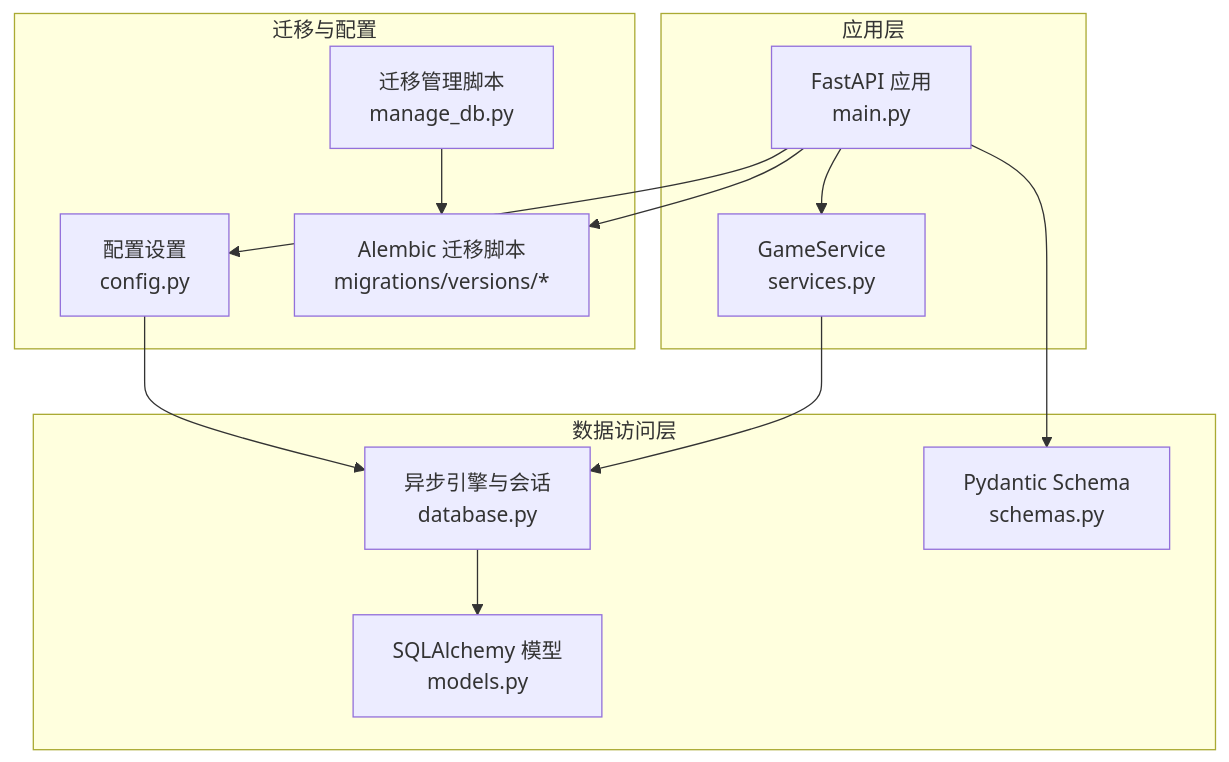
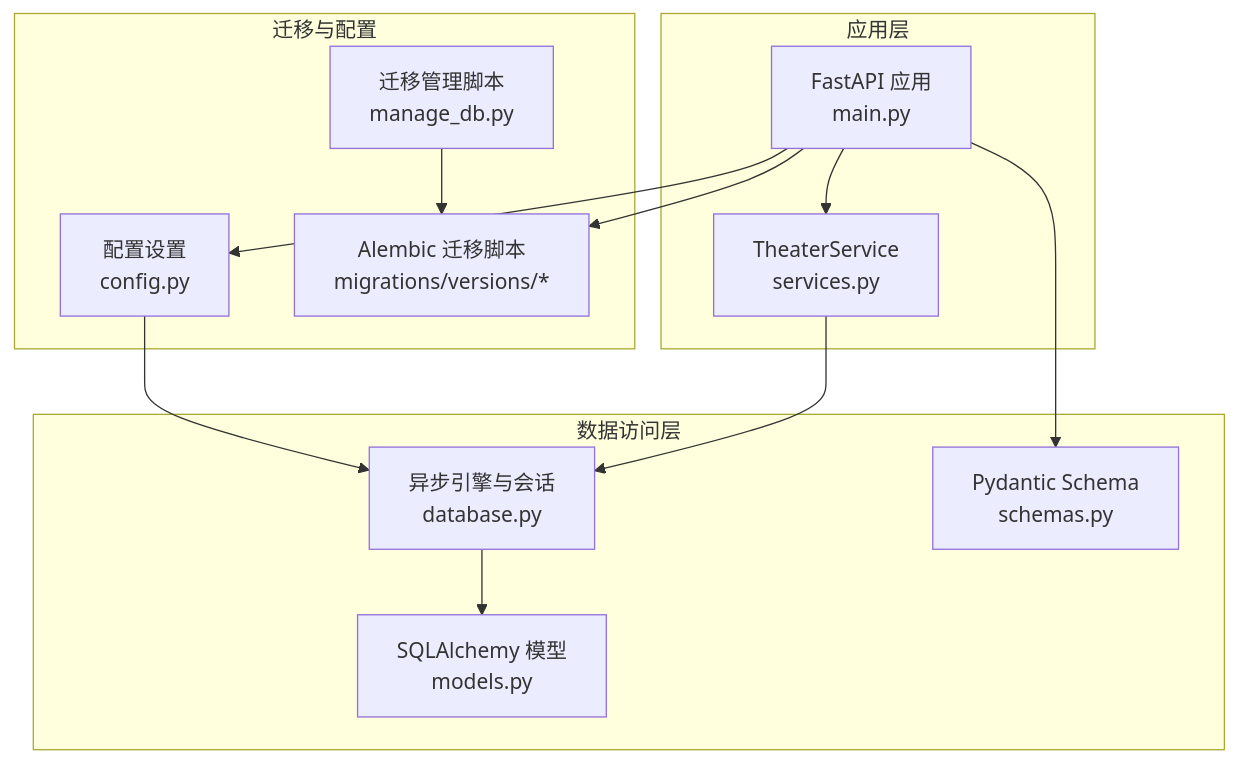
The first of 8 diagrams in .qoder/repowiki/zh/content/数据库设计/数据库设计.md (KunLabAI/KunFlix), drawn with Mermaid before and after one commit. The commit also changed other lines of this file and 112 other files, not shown here.

````diff
--- a/.qoder/repowiki/zh/content/数据库设计/数据库设计.md
+++ b/.qoder/repowiki/zh/content/数据库设计/数据库设计.md
@@ -45,25 +45,25 @@
 ```mermaid
 graph TB
 subgraph "应用层"
 A["FastAPI 应用<br/>main.py"]
-S["GameService<br/>services.py"]
+S["TheaterService<br/>services.py"]
 end
 subgraph "数据访问层"
 D["异步引擎与会话<br/>database.py"]
 M["SQLAlchemy 模型<br/>models.py"]
 P["Pydantic Schema<br/>schemas.py"]
 end
 subgraph "迁移与配置"
 C["配置设置<br/>config.py"]
 AL["Alembic 迁移脚本<br/>migrations/versions/*"]
 MD["迁移管理脚本<br/>manage_db.py"]
 end
 A --> S
 S --> D
 D --> M
 A --> P
 A --> C
 C --> D
 MD --> AL
 A --> AL
 ```
````
